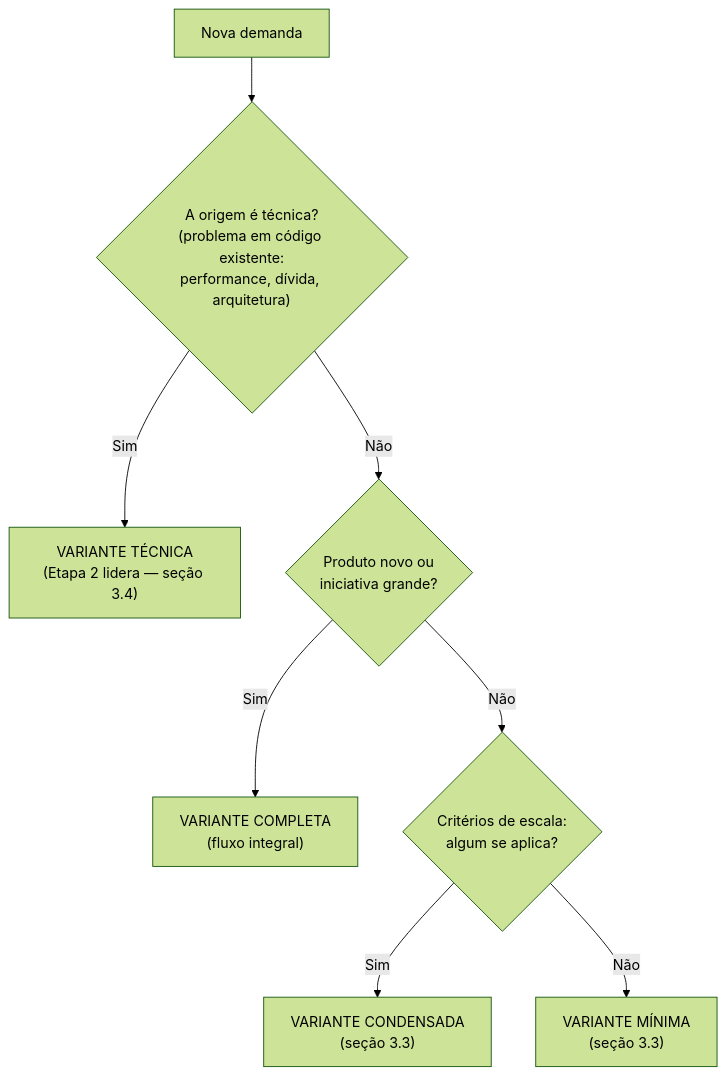
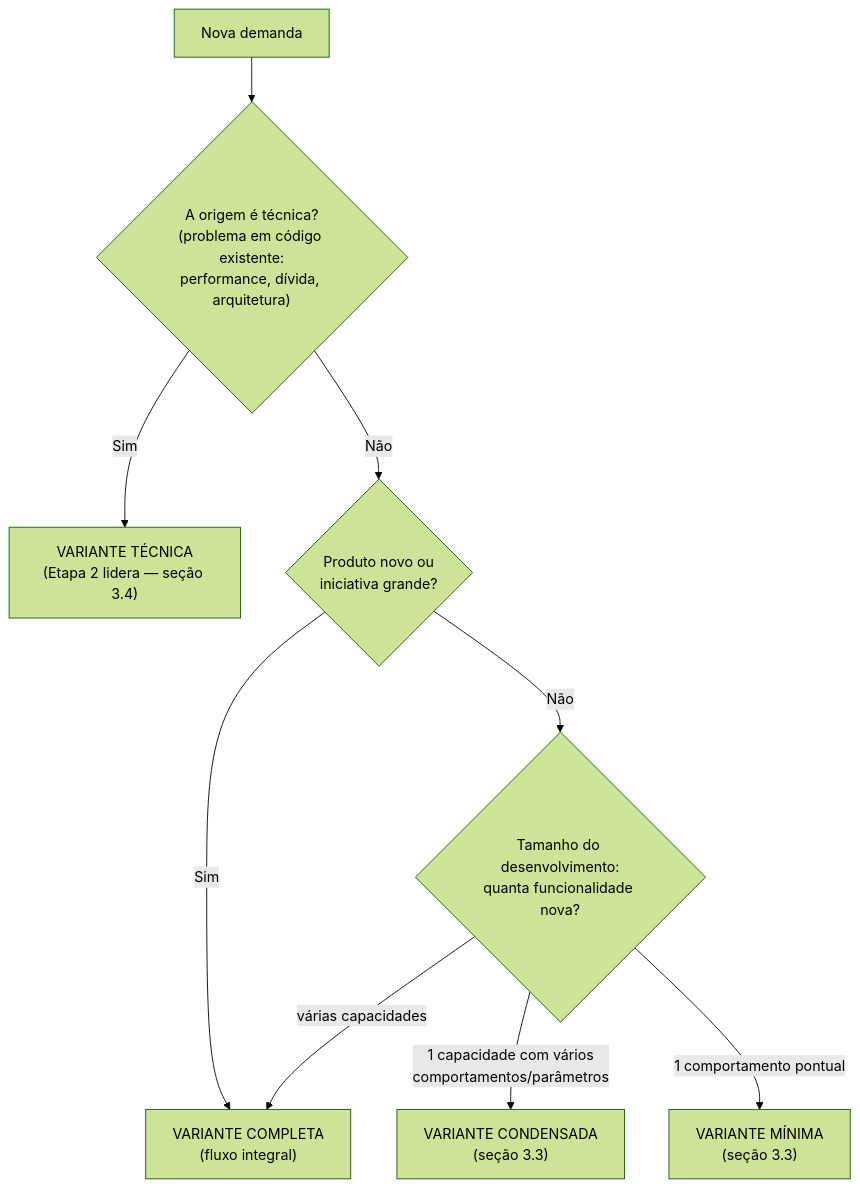
One commit to hacklabr/maestra changed the second of 4 diagrams in Fluxo.md. Above: the diagram before and after it, drawn with Mermaid (forest theme). The commit also changed other lines of this file and 7 other files, not shown here.

````diff
--- a/Fluxo.md
+++ b/Fluxo.md
@@ -140,10 +140,11 @@
 ```mermaid
 flowchart TD
     D["Nova demanda"] --> Q1{"A origem é técnica?<br>(problema em código existente:<br>performance, dívida, arquitetura)"}
     Q1 -->|"Sim"| T["VARIANTE TÉCNICA<br>(Etapa 2 lidera — seção 3.4)"]
     Q1 -->|"Não"| Q2{"Produto novo ou<br>iniciativa grande?"}
     Q2 -->|"Sim"| C1["VARIANTE COMPLETA<br>(fluxo integral)"]
-    Q2 -->|"Não"| Q3{"Critérios de escala:<br>algum se aplica?"}
-    Q3 -->|"Sim"| C2["VARIANTE CONDENSADA<br>(seção 3.3)"]
-    Q3 -->|"Não"| C3["VARIANTE MÍNIMA<br>(seção 3.3)"]
+    Q2 -->|"Não"| Q3{"Tamanho do desenvolvimento:<br>quanta funcionalidade nova?"}
+    Q3 -->|"1 capacidade com vários<br>comportamentos/parâmetros"| C2["VARIANTE CONDENSADA<br>(seção 3.3)"]
+    Q3 -->|"1 comportamento pontual"| C3["VARIANTE MÍNIMA<br>(seção 3.3)"]
+    Q3 -->|"várias capacidades"| C1
 ```
````
